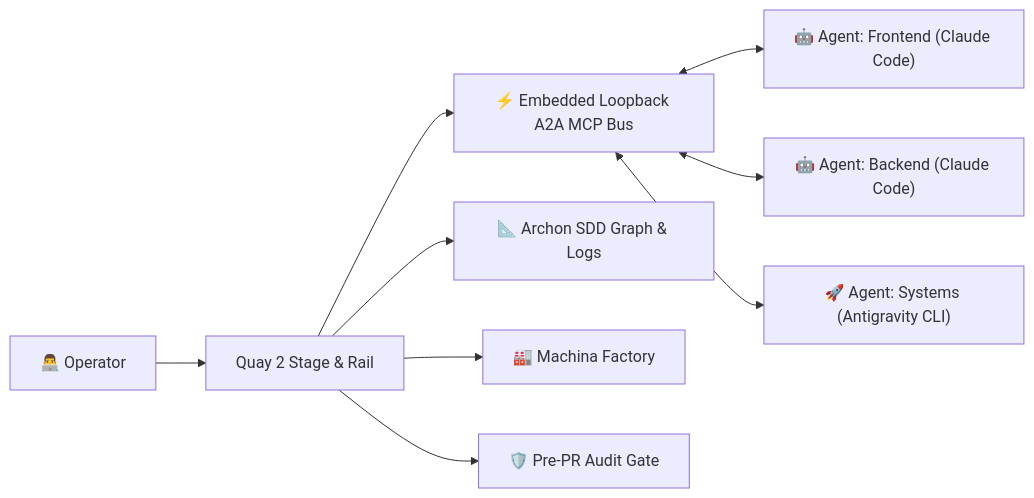
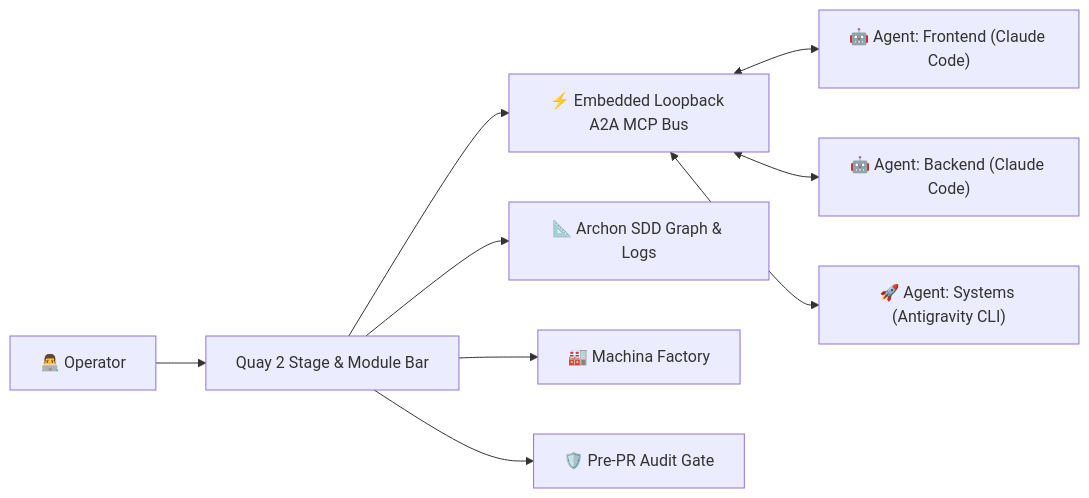
Before and after one commit to seanrobertwright/Quay-2: the diagram in README.md, drawn with Mermaid. The commit also changed other lines of this file and 47 other files, not shown here.

First line of the commit message:
feat(shell): module bar and folding panel replace the rail (#632)

````diff
--- a/README.md
+++ b/README.md
@@ -30,11 +30,11 @@
 ```mermaid
 flowchart LR
-    Operator["👨‍💻 Operator"] --> Stage["Quay 2 Stage & Rail"]
+    Operator["👨‍💻 Operator"] --> Stage["Quay 2 Stage & Module Bar"]
     Stage --> Bus["⚡ Embedded Loopback A2A MCP Bus"]
     Bus <--> Claude1["🤖 Agent: Frontend (Claude Code)"]
     Bus <--> Claude2["🤖 Agent: Backend (Claude Code)"]
     Bus <--> Antigravity["🚀 Agent: Systems (Antigravity CLI)"]
     Stage --> Archon["📐 Archon SDD Graph & Logs"]
     Stage --> Machina["🏭 Machina Factory"]
     Stage --> Audit["🛡️ Pre-PR Audit Gate"]
 ```
````
